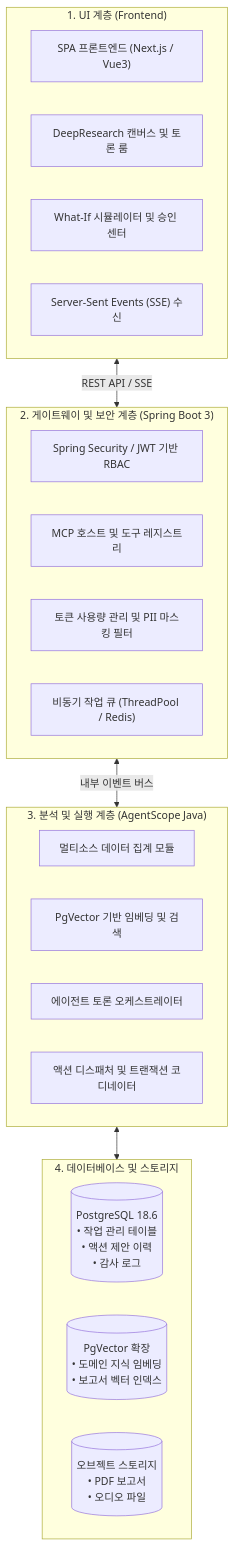
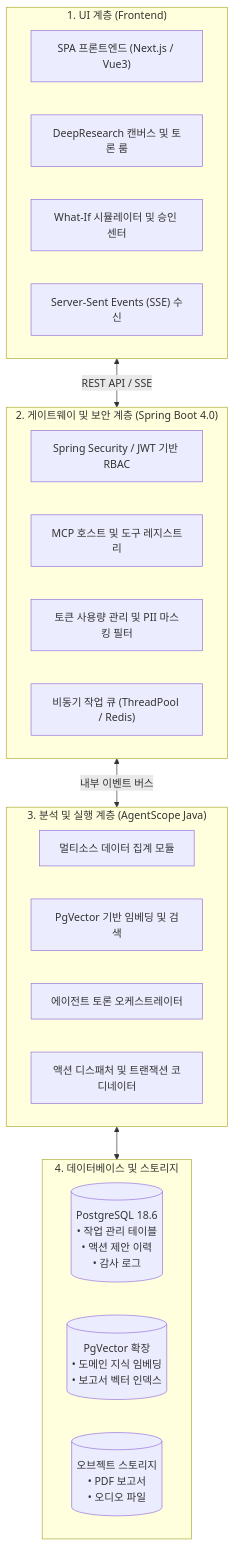
Before and after one commit to DramaticCollaboration/doc.github.io: the first of 2 diagrams in ko/syncinsight/architecture.md, drawn with Mermaid. The commit also changed other lines of this file and 45 other files, not shown here.

````diff
--- a/ko/syncinsight/architecture.md
+++ b/ko/syncinsight/architecture.md
@@ -31,33 +31,33 @@
 ```mermaid
 flowchart TD
     subgraph Client_Tier ["1. UI 계층 (Frontend)"]
         UI_SPA["SPA 프론트엔드 (Next.js / Vue3)"]
         UI_CANVAS["DeepResearch 캔버스 및 토론 룸"]
         UI_SIM["What-If 시뮬레이터 및 승인 센터"]
         UI_STREAM["Server-Sent Events (SSE) 수신"]
     end
 
-    subgraph API_Gateway_Tier ["2. 게이트웨이 및 보안 계층 (Spring Boot 3)"]
+    subgraph API_Gateway_Tier ["2. 게이트웨이 및 보안 계층 (Spring Boot 4.0)"]
         AUTH["Spring Security / JWT 기반 RBAC"]
         MCP_SERVER["MCP 호스트 및 도구 레지스트리"]
         FINOPS_GUARD["토큰 사용량 관리 및 PII 마스킹 필터"]
         JOB_QUEUE["비동기 작업 큐 (ThreadPool / Redis)"]
     end
 
     subgraph Core_Engine_Tier ["3. 분석 및 실행 계층 (AgentScope Java)"]
         AGGREGATOR["멀티소스 데이터 집계 모듈"]
         RAG_PIPELINE["PgVector 기반 임베딩 및 검색"]
         DEBATE_ORCH["에이전트 토론 오케스트레이터"]
         ACTION_DISPATCH["액션 디스패처 및 트랜잭션 코디네이터"]
     end
 
     subgraph Persistence_Tier ["4. 데이터베이스 및 스토리지"]
         PG_DB[("PostgreSQL 18.6\n• 작업 관리 테이블\n• 액션 제안 이력\n• 감사 로그")]
         VECTOR_DB[("PgVector 확장\n• 도메인 지식 임베딩\n• 보고서 벡터 인덱스")]
         STORAGE[("오브젝트 스토리지\n• PDF 보고서\n• 오디오 파일")]
     end
 
     Client_Tier <-->|REST API / SSE| API_Gateway_Tier
     API_Gateway_Tier <-->|내부 이벤트 버스| Core_Engine_Tier
     Core_Engine_Tier <--> Persistence_Tier
 ```
````
